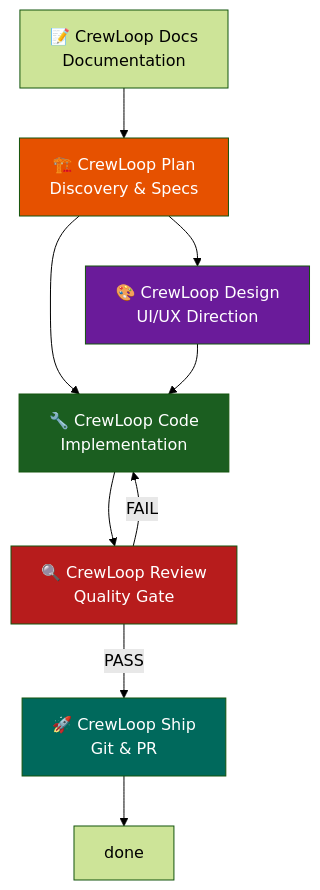
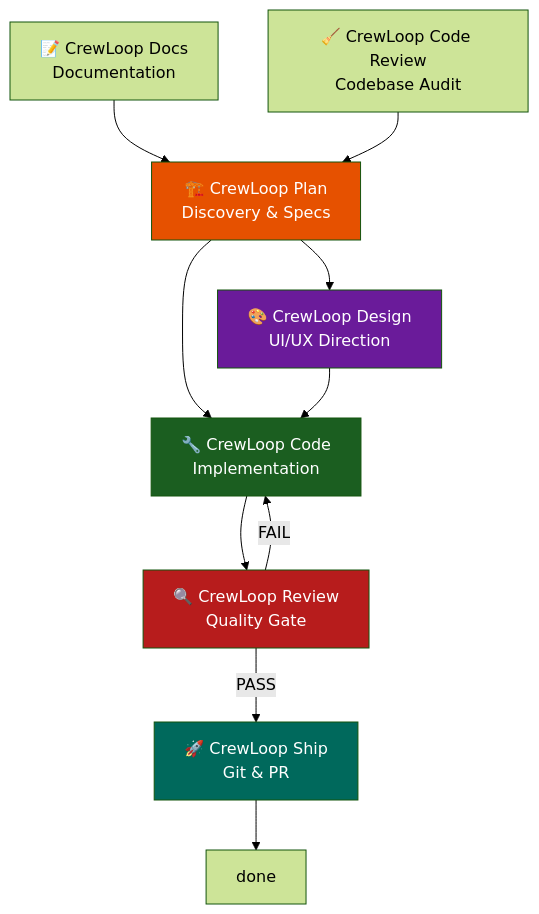
One commit to leorsousa05/CrewLoop changed the diagram in references/workflow.md. Above: the diagram before and after it, drawn with Mermaid (forest theme). The commit also changed other lines of this file and 15 other files, not shown here.

First line of the commit message:
feat(skills): add crewloop:code-review whole-codebase audit skill

````diff
--- a/references/workflow.md
+++ b/references/workflow.md
@@ -26,18 +27,19 @@
 ```mermaid
 flowchart TD
     P["🏗️ CrewLoop Plan<br>Discovery & Specs"] --> D["🎨 CrewLoop Design<br>UI/UX Direction"]
     P --> C["🔧 CrewLoop Code<br>Implementation"]
     D --> C
     C --> R["🔍 CrewLoop Review<br>Quality Gate"]
     R -->|PASS| S["🚀 CrewLoop Ship<br>Git & PR"]
     R -->|FAIL| C
     S --> done
 
     DO["📝 CrewLoop Docs<br>Documentation"] --> P
+    CR["🧹 CrewLoop Code Review<br>Codebase Audit"] --> P
 
     style P fill:#e65100,color:#fff
     style D fill:#6a1b9a,color:#fff
     style C fill:#1b5e20,color:#fff
     style R fill:#b71c1c,color:#fff
     style S fill:#00695c,color:#fff
 ```
````
